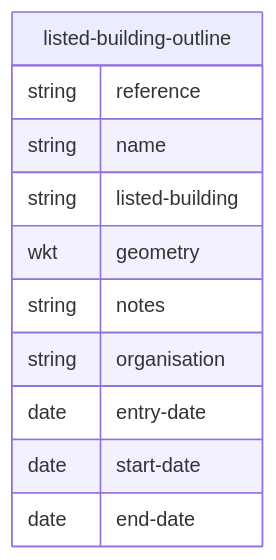
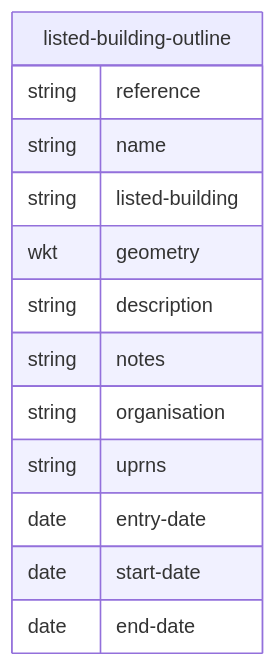
Before and after one commit to digital-land/specification: the diagram in docs/mermaid/listed-building.md, drawn with Mermaid. The commit also changed 12 other files, not shown here.

````diff
--- a/docs/mermaid/listed-building.md
+++ b/docs/mermaid/listed-building.md
@@ -4,14 +4,16 @@
 ```mermaid
 erDiagram
     listed-building-outline {
         string reference
         string name
         string listed-building
         wkt geometry
+        string description
         string notes
         string organisation
+        string uprns
         date entry-date
         date start-date
         date end-date
     }
 ```
````
